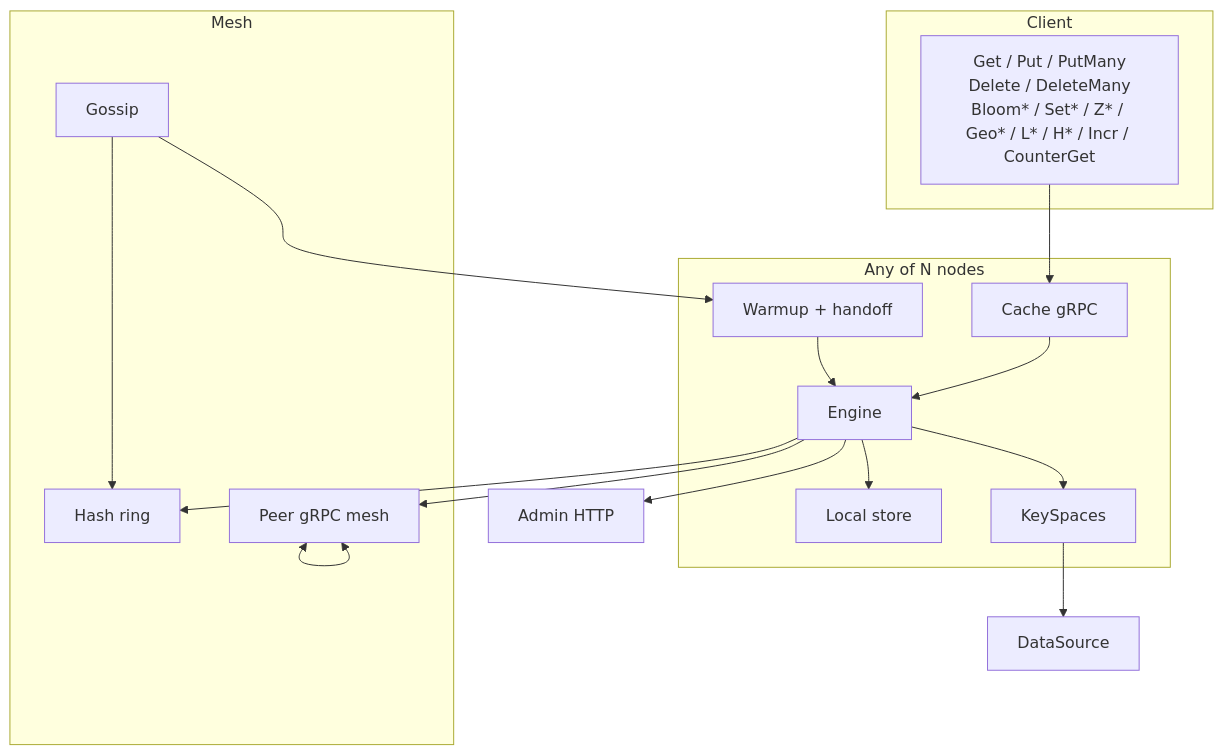
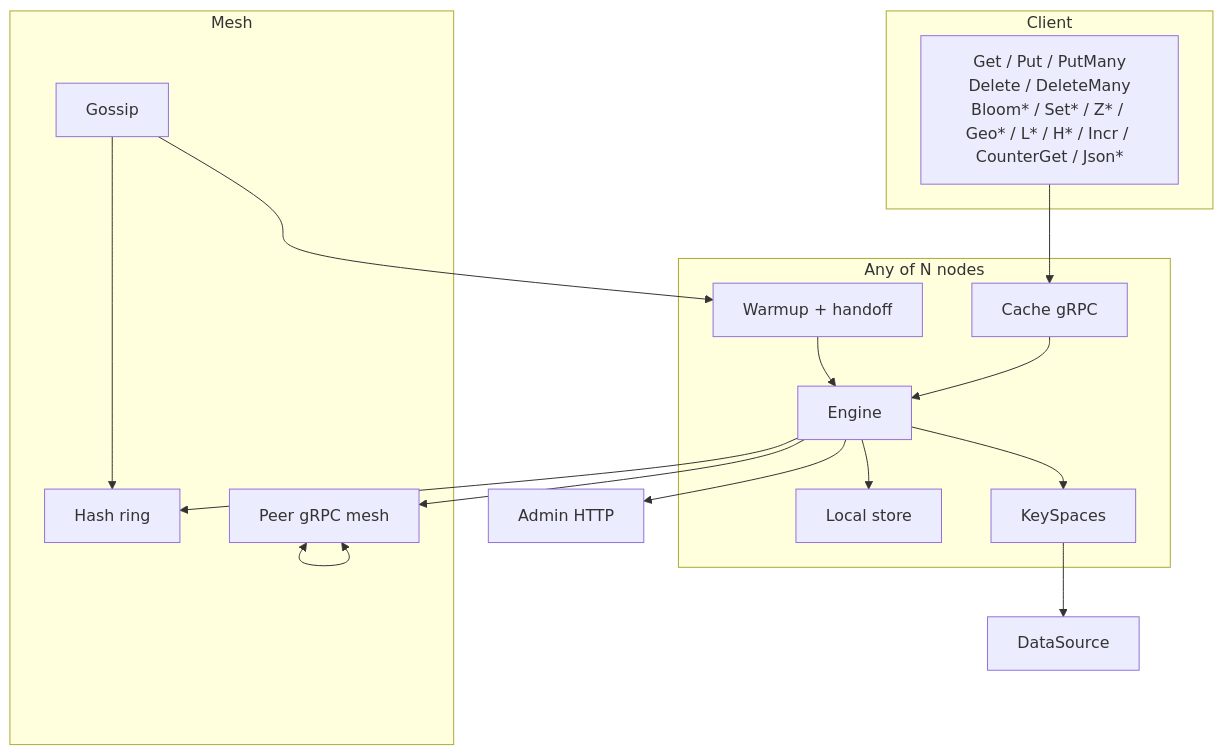
Diagram 16 of 18 in docs/CLUSTER_FLOWS.md (Code0987/supercache), drawn with Mermaid before and after one commit. The commit also changed other lines of this file and 39 other files, not shown here.

First line of the commit message:
Add ModeJSON named documents with path set/get/del.

````diff
--- a/docs/CLUSTER_FLOWS.md
+++ b/docs/CLUSTER_FLOWS.md
@@ -346,34 +347,34 @@
 ```mermaid
 flowchart TB
   subgraph Client
-    OPS["Get / Put / PutMany<br/>Delete / DeleteMany<br/>Bloom* / Set* / Z* / Geo* / L* / H* / Incr / CounterGet"]
+    OPS["Get / Put / PutMany<br/>Delete / DeleteMany<br/>Bloom* / Set* / Z* / Geo* / L* / H* / Incr / CounterGet / Json*"]
   end
 
   subgraph Node["Any of N nodes"]
     CG["Cache gRPC"]
     EN["Engine"]
     ST["Local store"]
     KS["KeySpaces"]
     WM["Warmup + handoff"]
   end
 
   subgraph Mesh
     RING["Hash ring"]
     PG["Peer gRPC mesh"]
     GOS["Gossip"]
   end
 
   DS["DataSource"]
   ADM["Admin HTTP"]
 
   OPS --> CG --> EN
   EN --> ST
   EN --> KS
   EN --> RING
   EN --> PG
   KS --> DS
   GOS --> RING
   GOS --> WM --> EN
   EN --> ADM
   PG <--> PG
 ```
````
